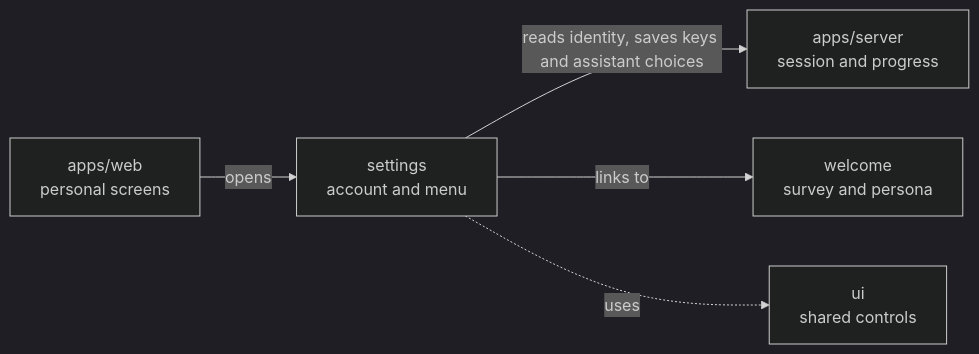
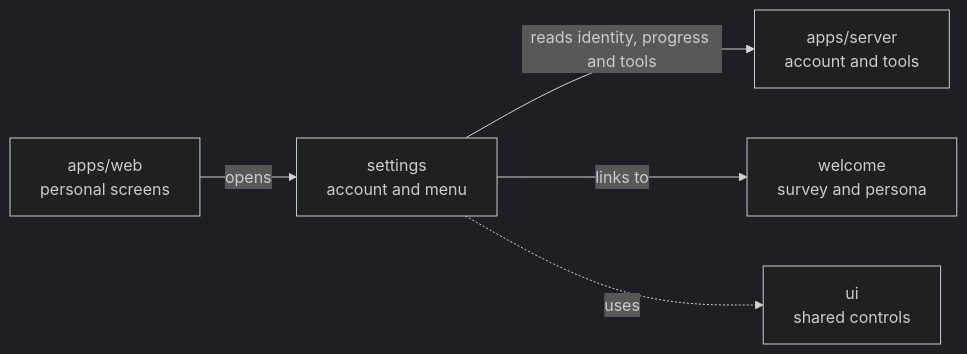
One commit to elewa-git/opencrane-new changed the diagram in apps/web/src/app/settings/README.md. Above: the diagram before and after it, drawn with Mermaid (dark theme). The commit also changed other lines of this file and 29 other files, not shown here.

````diff
--- a/apps/web/src/app/settings/README.md
+++ b/apps/web/src/app/settings/README.md
@@ -14,7 +15,7 @@
 ```mermaid
 flowchart LR
   web["apps/web<br/>personal screens"] -->|opens| settings["settings<br/>account and menu"]
-  settings -->|reads identity, saves keys and assistant choices| server["apps/server<br/>session and progress"]
+  settings -->|reads identity, progress and tools| server["apps/server<br/>account and tools"]
   settings -->|links to| welcome["welcome<br/>survey and persona"]
   settings -.->|uses| ui["ui<br/>shared controls"]
 ```
````
